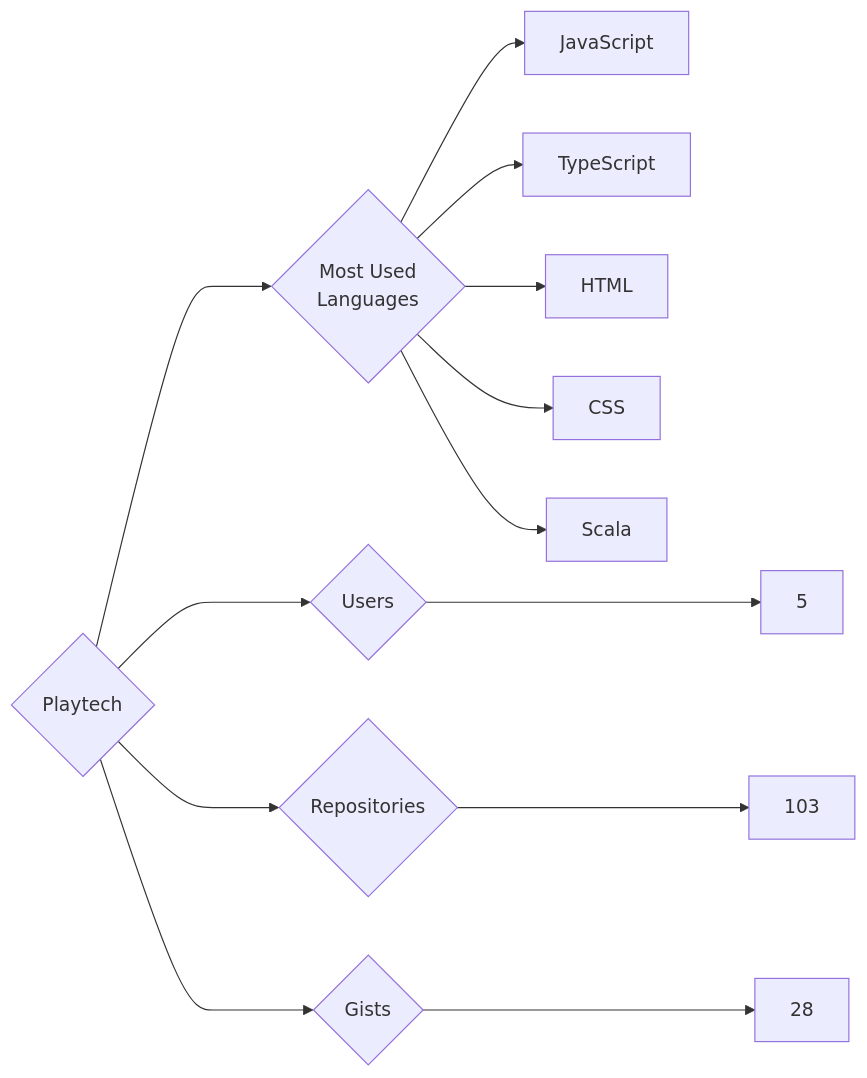
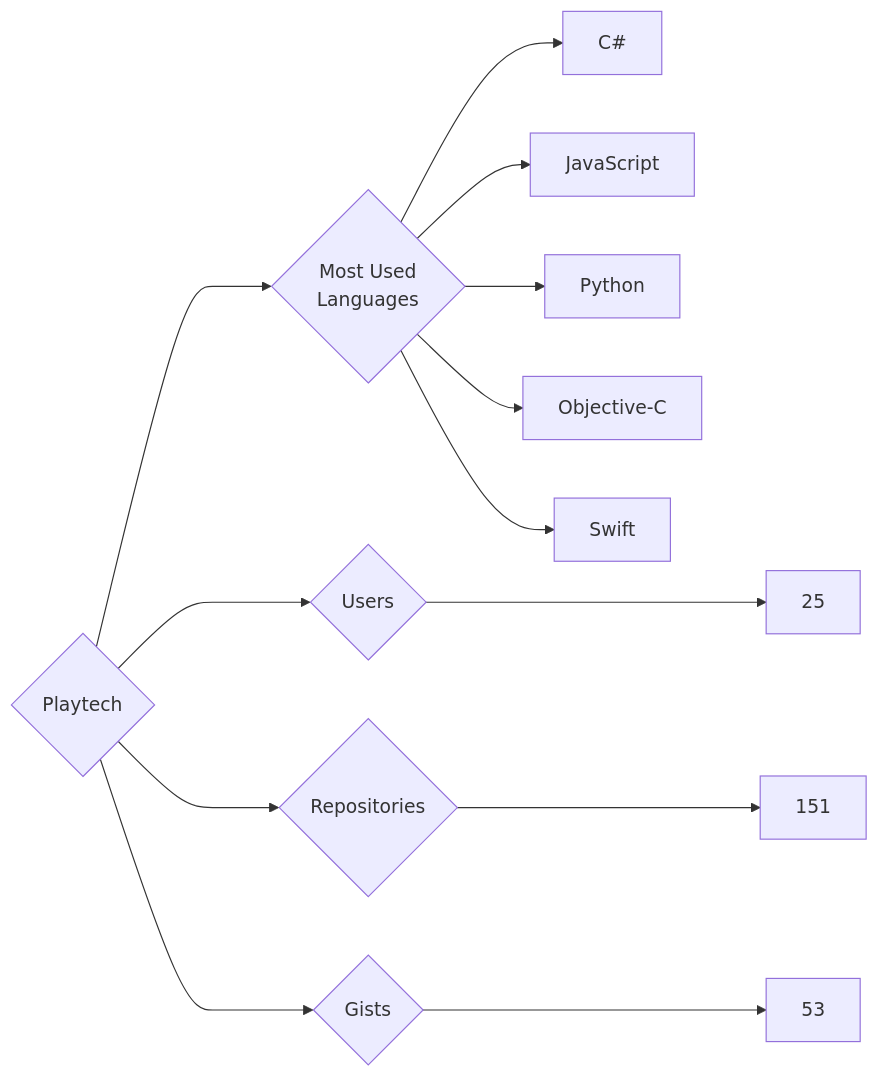
Before and after one commit to trickest/insiders: the diagram in targets/Playtech/README.md, drawn with Mermaid. The commit also changed 597 other files, not shown here.

````diff
--- a/targets/Playtech/README.md
+++ b/targets/Playtech/README.md
@@ -3,13 +3,13 @@
 ```mermaid
 graph LR
 COMPANY_NAME{Playtech}
-COMPANY_NAME ---> U{Users} ---> UN[5]
-COMPANY_NAME ---> R{Repositories} ---> RN[103]
-COMPANY_NAME ---> G{Gists} ---> GN[28]
+COMPANY_NAME ---> U{Users} ---> UN[25]
+COMPANY_NAME ---> R{Repositories} ---> RN[151]
+COMPANY_NAME ---> G{Gists} ---> GN[53]
 COMPANY_NAME ---> ML{Most Used<br>Languages}
+ML --> C#[C#]
 ML --> JavaScript[JavaScript]
-ML --> TypeScript[TypeScript]
-ML --> HTML[HTML]
-ML --> CSS[CSS]
-ML --> Scala[Scala]
+ML --> Python[Python]
+ML --> Objective-C[Objective-C]
+ML --> Swift[Swift]
 ```
````
